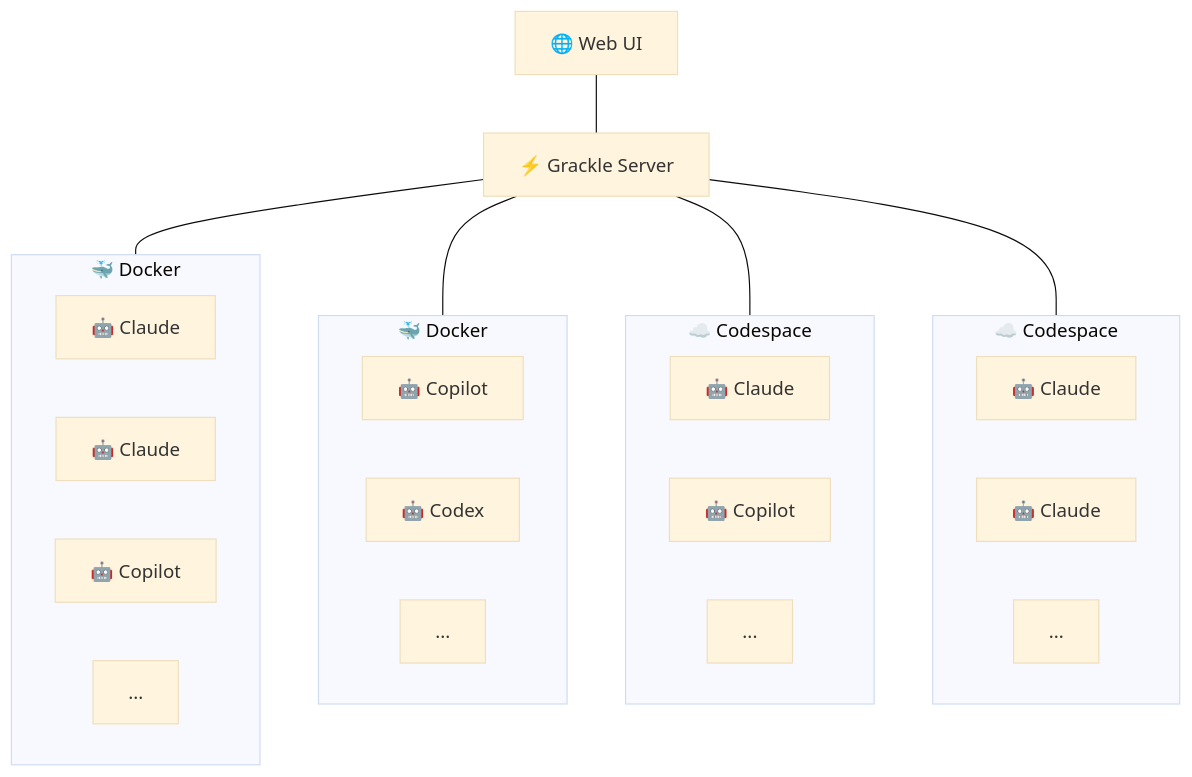
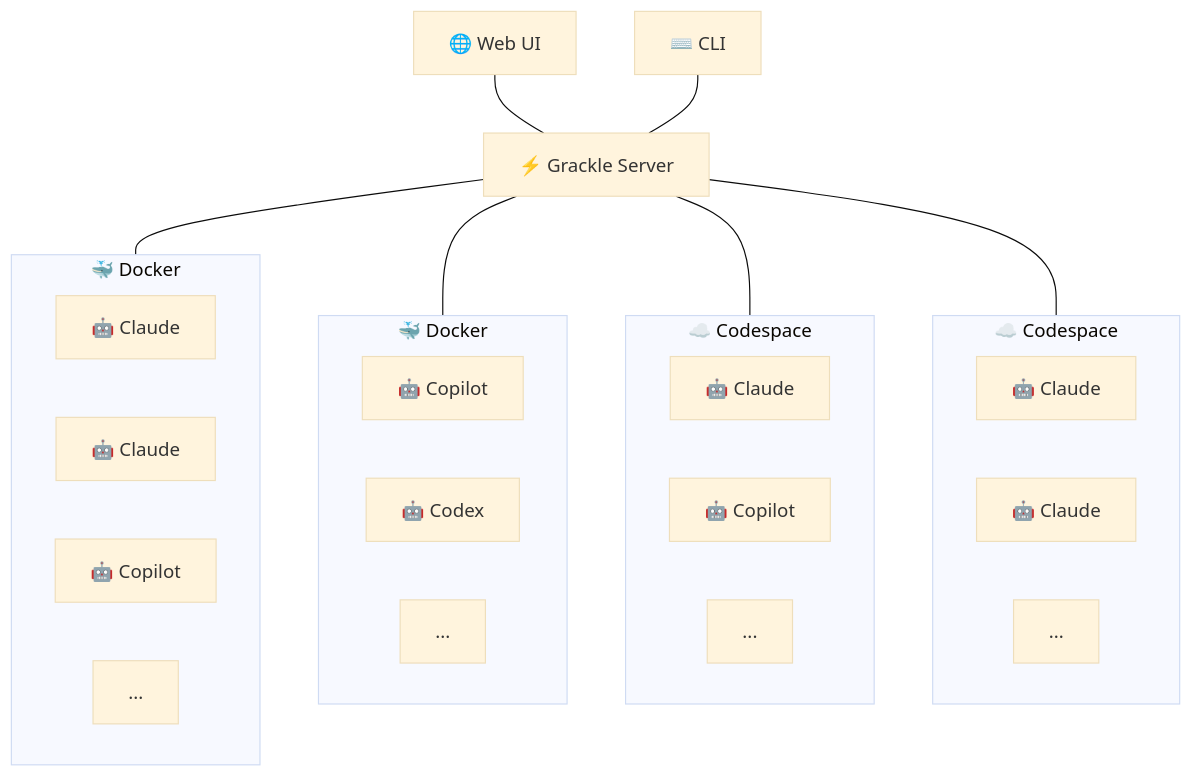
Before and after one commit to nick-pape/grackle: the fifth of 5 diagrams in README.md, drawn with Mermaid (base theme).

Commit message:
Add CLI to topology diagram

````diff
--- a/README.md
+++ b/README.md
@@ -76,23 +76,24 @@
 ```mermaid
 graph TD
     UI["🌐 Web UI"]
-    UI --- S["⚡ Grackle Server"]
+    CLI["⌨️ CLI"]
+    UI & CLI --- S["⚡ Grackle Server"]
 
     subgraph D1["🐳 Docker"]
         D1A["🤖 Claude"] & D1B["🤖 Claude"] & D1C["🤖 Copilot"] & D1D["..."]
     end
 
     subgraph D2["🐳 Docker"]
         D2A["🤖 Copilot"] & D2B["🤖 Codex"] & D2C["..."]
     end
 
     subgraph CS1["☁️ Codespace"]
         CS1A["🤖 Claude"] & CS1B["🤖 Copilot"] & CS1C["..."]
     end
 
     subgraph CS2["☁️ Codespace"]
         CS2A["🤖 Claude"] & CS2B["🤖 Claude"] & CS2C["..."]
     end
 
     S --- D1 & D2 & CS1 & CS2
 ```
````
